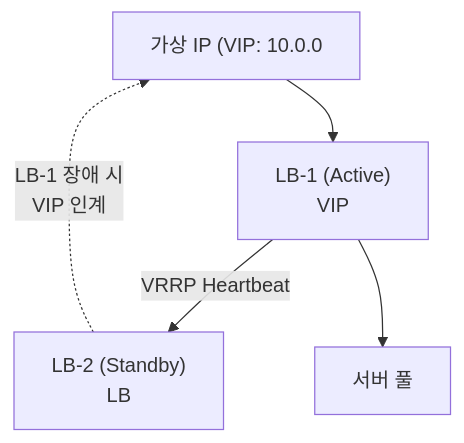
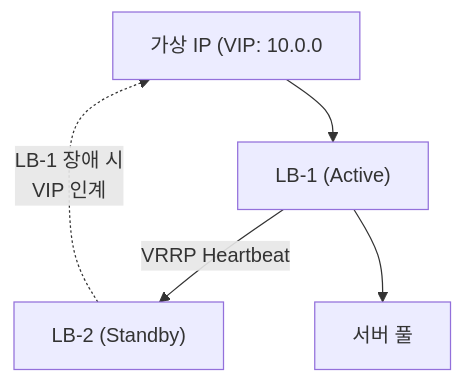
One commit to yjkim2015/yjkim2015.github.io changed the sixth of 8 diagrams in _posts/network/2026-05-01-load-balancer.md. Above: the diagram before and after it, drawn with Mermaid. The commit also changed other lines of this file and 217 other files, not shown here.

First line of the commit message:
Mermaid 크기 수정: useMaxWidth:true + SVG max-width:100% + 라벨 축소

````diff
--- a/_posts/network/2026-05-01-load-balancer.md
+++ b/_posts/network/2026-05-01-load-balancer.md
@@ -645,11 +645,11 @@
 ```mermaid
 graph TD
     VIP["가상 IP (VIP: 10.0.0"]
-    LB1["LB-1 (Active)\nVIP"]
-    LB2["LB-2 (Standby)\nLB"]
+    LB1["LB-1 (Active)"]
+    LB2["LB-2 (Standby)"]
     SERVERS["서버 풀"]
     VIP --> LB1
     LB1 -->|"VRRP Heartbeat"| LB2
     LB1 --> SERVERS
     LB2 -.->|"LB-1 장애 시\nVIP 인계"| VIP
 ```
````
